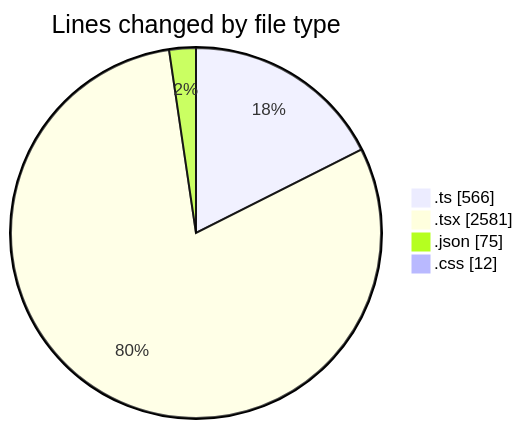
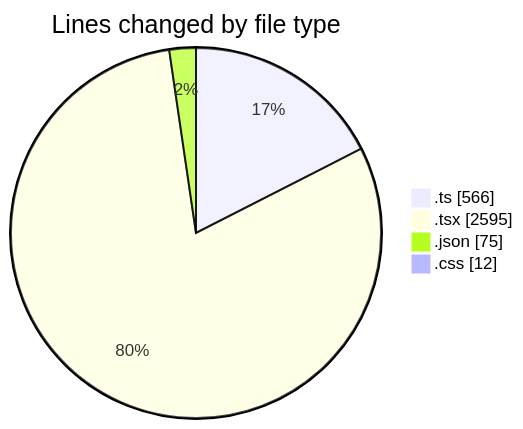
The first of 2 diagrams in 2025-01-27/termonied-web/README.md (robertbonfada/code-tracking), drawn with Mermaid before and after one commit. The commit also changed other lines of this file and 1 other file, not shown here.

````diff
--- a/2025-01-27/termonied-web/README.md
+++ b/2025-01-27/termonied-web/README.md
@@ -31,8 +31,8 @@
 ```mermaid
 pie showData
 title Lines changed by file type
 ".ts" : 566
-".tsx" : 2581
+".tsx" : 2595
 ".json" : 75
 ".css" : 12
 ```
````
